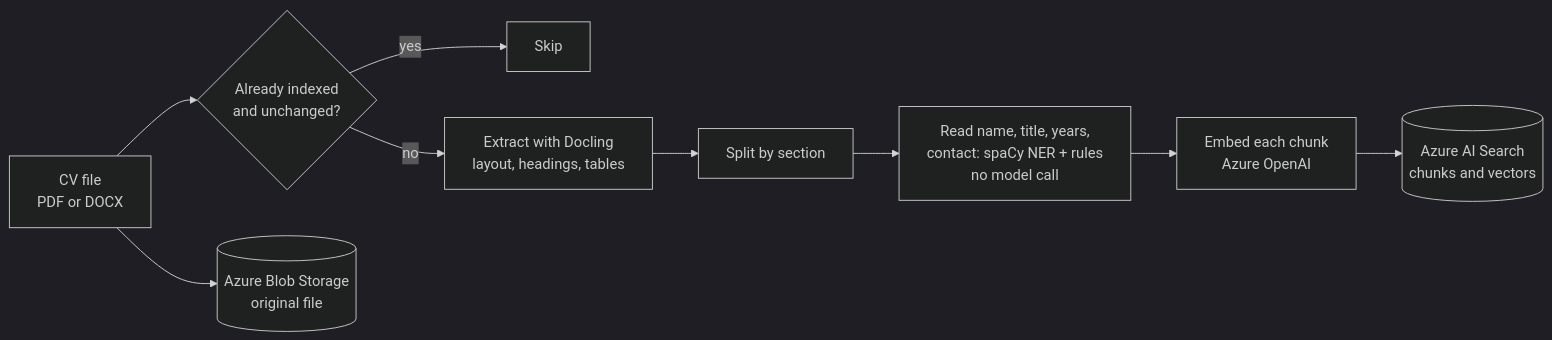
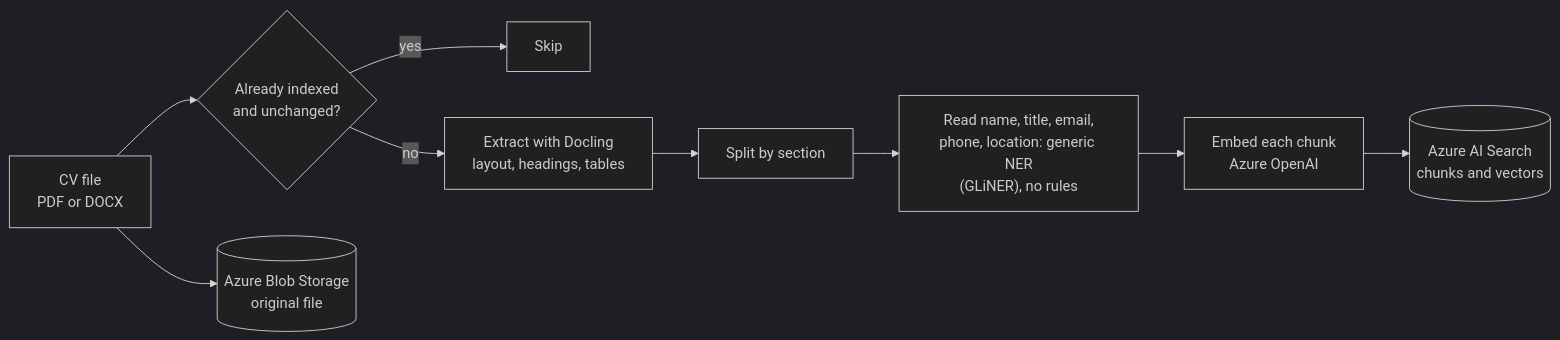
The first of 3 diagrams in README.md (sherif2004/chat-with-cv), drawn with Mermaid (dark theme) before and after one commit. The commit also changed other lines of this file and 3 other files, not shown here.

First line of the commit message:
Use the GLiNER medium model, one label per call, first page only

````diff
--- a/README.md
+++ b/README.md
@@ -61,11 +61,11 @@
 ```mermaid
 flowchart LR
     A["CV file<br/>PDF or DOCX"] --> H{"Already indexed<br/>and unchanged?"}
     H -- yes --> Z["Skip"]
     H -- no --> B["Extract with Docling<br/>layout, headings, tables"]
     B --> C["Split by section"]
-    C --> M["Read name, title, years,<br/>contact: spaCy NER + rules<br/>no model call"]
+    C --> M["Read name, title, email,<br/>phone, location: generic NER<br/>(GLiNER), no rules"]
     M --> D["Embed each chunk<br/>Azure OpenAI"]
     D --> E[("Azure AI Search<br/>chunks and vectors")]
     A --> F[("Azure Blob Storage<br/>original file")]
 ```
````
